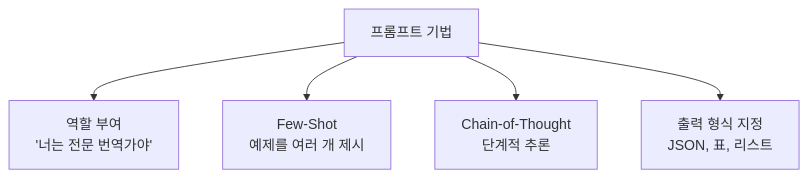
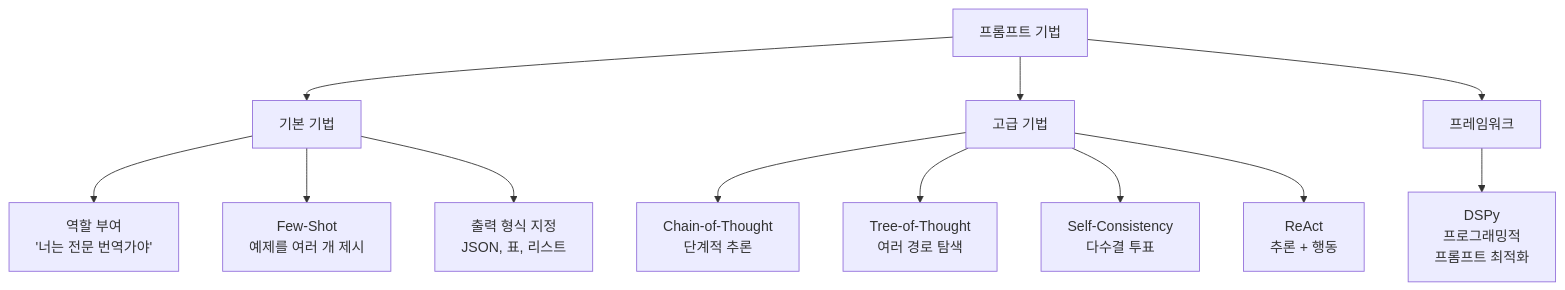
Before and after one commit to jingu279/Document: the third of 16 diagrams in ai-programming/03_딥러닝/04_생성형_AI.md, drawn with Mermaid. The commit also changed other lines of this file and 9 other files, not shown here.

Commit message:
Fix all broken Mermaid diagrams across AI book (cross-subgraph connections, reserved keywords, duplicate nodes)

````diff
--- a/ai-programming/03_딥러닝/04_생성형_AI.md
+++ b/ai-programming/03_딥러닝/04_생성형_AI.md
@@ -65,7 +66,17 @@
 ```mermaid
 flowchart TB
-  Prompt_Tech["프롬프트 기법"] --> Role["역할 부여<br/>'너는 전문 번역가야'"]
-  Prompt_Tech --> FewShot["Few-Shot<br/>예제를 여러 개 제시"]
-  Prompt_Tech --> Chain["Chain-of-Thought<br/>단계적 추론"]
-  Prompt_Tech --> Format["출력 형식 지정<br/>JSON, 표, 리스트"]
+  Prompt_Tech["프롬프트 기법"] --> Basic["기본 기법"]
+  Prompt_Tech --> Advanced["고급 기법"]
+  Prompt_Tech --> Framework["프레임워크"]
+
+  Basic --> Role["역할 부여<br/>'너는 전문 번역가야'"]
+  Basic --> FewShot["Few-Shot<br/>예제를 여러 개 제시"]
+  Basic --> Format["출력 형식 지정<br/>JSON, 표, 리스트"]
+
+  Advanced --> CoT["Chain-of-Thought<br/>단계적 추론"]
+  Advanced --> ToT["Tree-of-Thought<br/>여러 경로 탐색"]
+  Advanced --> SC["Self-Consistency<br/>다수결 투표"]
+  Advanced --> ReAct["ReAct<br/>추론 + 행동"]
+
+  Framework --> DSPy["DSPy<br/>프로그래밍적<br/>프롬프트 최적화"]
 ```
````
